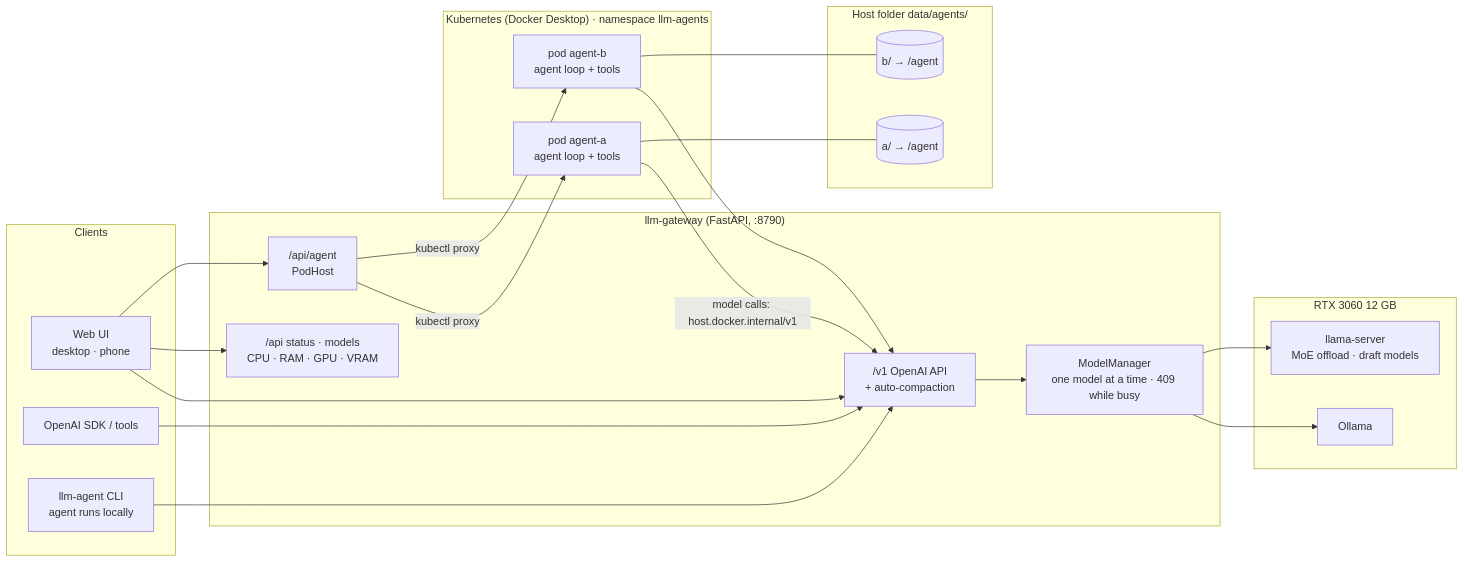
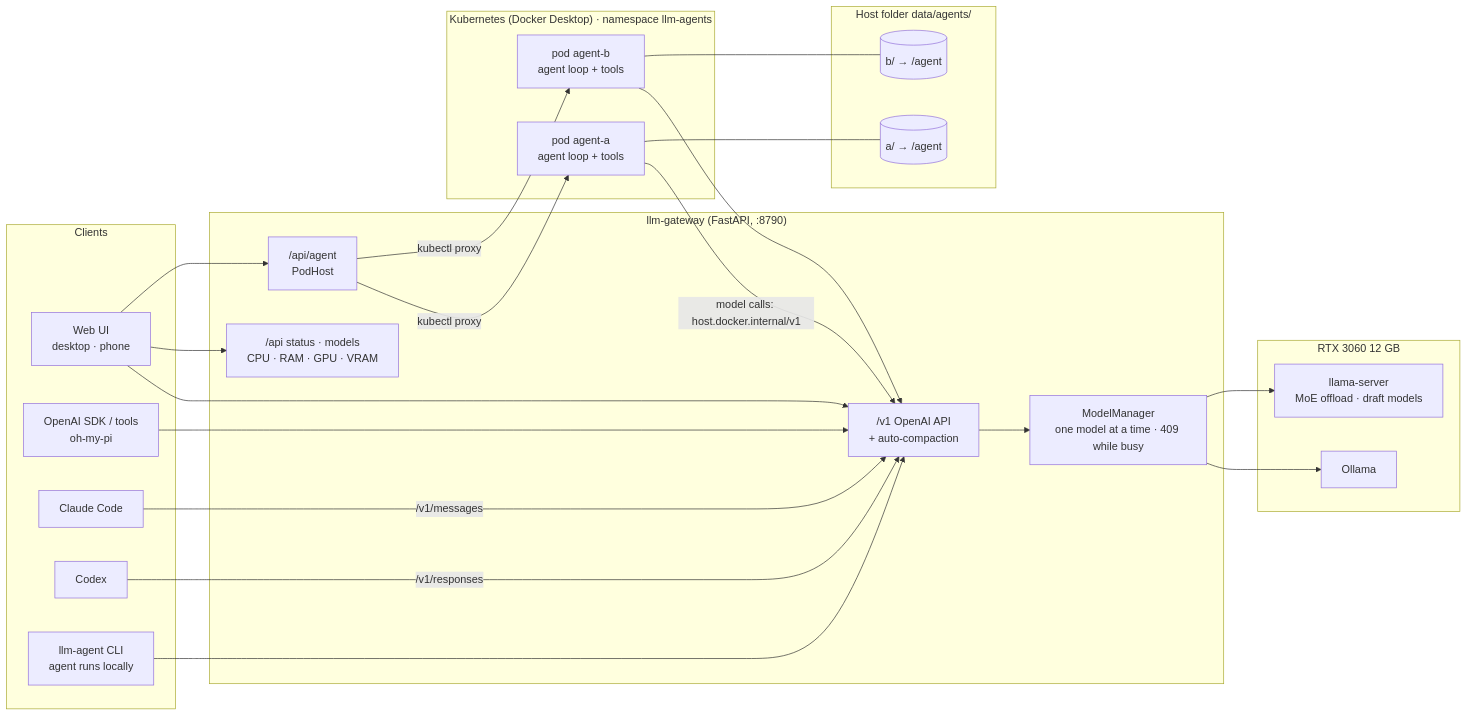
One commit to ChengTsungPao/llm-gateway changed the diagram in README.md. Above: the diagram before and after it, drawn with Mermaid. The commit also changed other lines of this file and 27 other files, not shown here.

First line of the commit message:
Serve Claude Code and Codex; harden the agent for slow pod folders

````diff
--- a/README.md
+++ b/README.md
@@ -10,45 +10,49 @@
 ```mermaid
 flowchart LR
     subgraph clients [Clients]
         UI["Web UI<br/>desktop · phone"]
-        SDK["OpenAI SDK / tools"]
+        SDK["OpenAI SDK / tools<br/>oh-my-pi"]
+        CC["Claude Code"]
+        CX["Codex"]
         CLI["llm-agent CLI<br/>agent runs locally"]
     end
 
     subgraph gw ["llm-gateway (FastAPI, :8790)"]
         V1["/v1 OpenAI API<br/>+ auto-compaction"]
         MGMT["/api status · models<br/>CPU · RAM · GPU · VRAM"]
         AG["/api/agent<br/>PodHost"]
         MM["ModelManager<br/>one model at a time · 409 while busy"]
     end
 
     subgraph gpu ["RTX 3060 12 GB"]
         OL["Ollama"]
         LC["llama-server<br/>MoE offload · draft models"]
     end
 
     subgraph k8s ["Kubernetes (Docker Desktop) · namespace llm-agents"]
         P1["pod agent-a<br/>agent loop + tools"]
         P2["pod agent-b<br/>agent loop + tools"]
     end
 
     subgraph disk ["Host folder data/agents/"]
         F1[("a/ → /agent")]
         F2[("b/ → /agent")]
     end
 
     UI --> V1
     UI --> MGMT
     UI --> AG
     SDK --> V1
+    CC -- "/v1/messages" --> V1
+    CX -- "/v1/responses" --> V1
     CLI --> V1
     V1 --> MM
     MM --> OL
     MM --> LC
     AG -- "kubectl proxy" --> P1
     AG -- "kubectl proxy" --> P2
     P1 -- "model calls: host.docker.internal/v1" --> V1
     P2 --> V1
     P1 --- F1
     P2 --- F2
 ```
````
